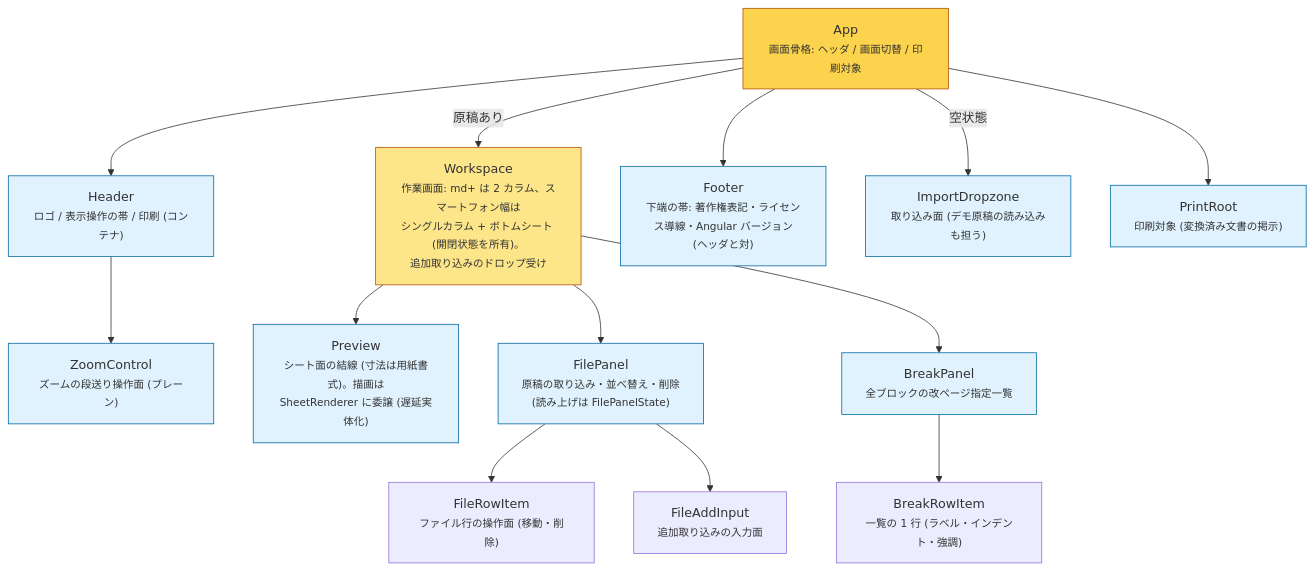
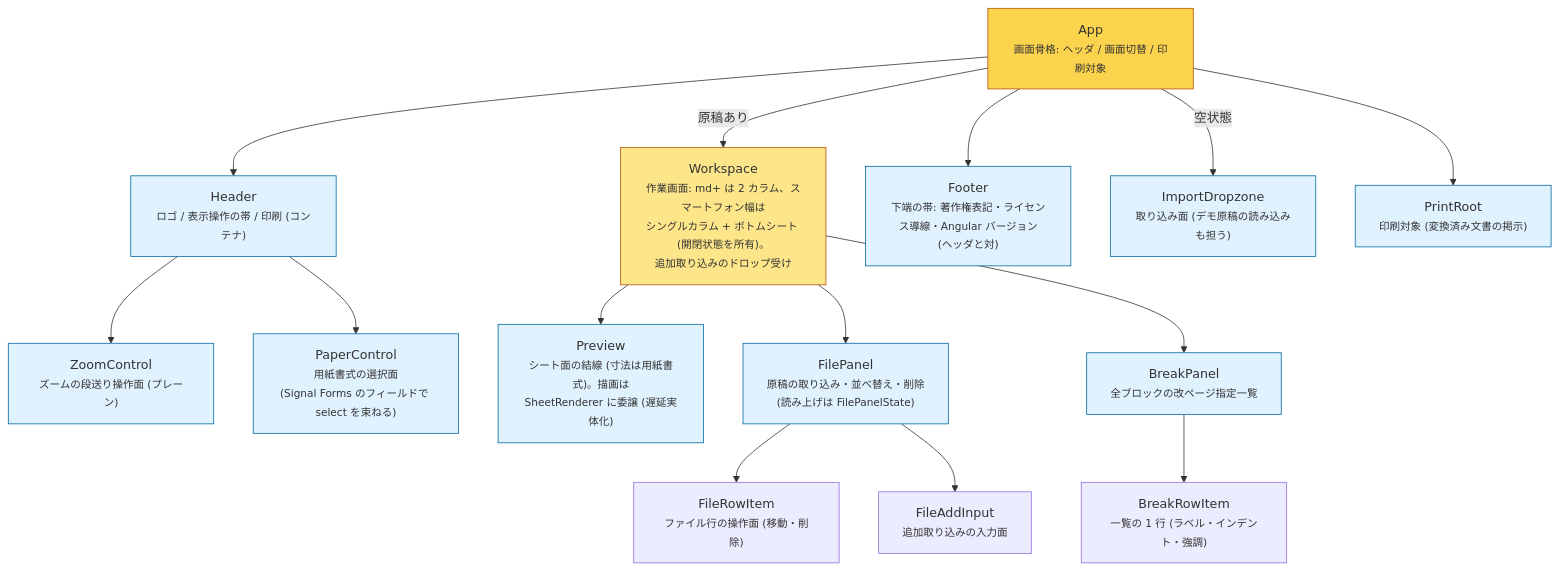
Before and after one commit to lacolaco/printmd: the diagram in docs/component-tree.md, drawn with Mermaid. The commit also changed 9 other files, not shown here.

````diff
--- a/docs/component-tree.md
+++ b/docs/component-tree.md
@@ -6,36 +6,38 @@
 ```mermaid
 flowchart TB
   APP["App<br/><small>画面骨格: ヘッダ / 画面切替 / 印刷対象</small>"]
   HEADER["Header<br/><small>ロゴ / 表示操作の帯 / 印刷 (コンテナ)</small>"]
   ZOOMC["ZoomControl<br/><small>ズームの段送り操作面 (プレーン)</small>"]
+  PAPERC["PaperControl<br/><small>用紙書式の選択面<br/>(Signal Forms のフィールドで select を束ねる)</small>"]
   WS["Workspace<br/><small>作業画面: md+ は 2 カラム、スマートフォン幅は<br/>シングルカラム + ボトムシート (開閉状態を所有)。<br/>追加取り込みのドロップ受け</small>"]
   PREVIEW["Preview<br/><small>シート面の結線 (寸法は用紙書式)。描画は<br/>SheetRenderer に委譲 (遅延実体化)</small>"]
   FILEP["FilePanel<br/><small>原稿の取り込み・並べ替え・削除<br/>(読み上げは FilePanelState)</small>"]
   BREAKP["BreakPanel<br/><small>全ブロックの改ページ指定一覧</small>"]
   BREAKROW["BreakRowItem<br/><small>一覧の 1 行 (ラベル・インデント・強調)</small>"]
   FILEROW["FileRowItem<br/><small>ファイル行の操作面 (移動・削除)</small>"]
   FILEADD["FileAddInput<br/><small>追加取り込みの入力面</small>"]
   FOOTER["Footer<br/><small>下端の帯: 著作権表記・ライセンス導線・Angular バージョン<br/>(ヘッダと対)</small>"]
   DROP["ImportDropzone<br/><small>取り込み面 (デモ原稿の読み込みも担う)</small>"]
   PRINT["PrintRoot<br/><small>印刷対象 (変換済み文書の掲示)</small>"]
 
   APP --> HEADER
   HEADER --> ZOOMC
+  HEADER --> PAPERC
   APP --> FOOTER
   APP -->|"原稿あり"| WS
   APP -->|"空状態"| DROP
   APP --> PRINT
   WS --> PREVIEW
   WS --> FILEP
   WS --> BREAKP
   BREAKP --> BREAKROW
   FILEP --> FILEROW
   FILEP --> FILEADD
 
   classDef shell fill:#fcd34d,stroke:#b45309
   classDef layout fill:#fde68a,stroke:#b45309
   classDef leaf fill:#e0f2fe,stroke:#0369a1
   class APP shell
   class WS layout
-  class HEADER,ZOOMC,PREVIEW,FILEP,BREAKP,FOOTER,DROP,PRINT leaf
+  class HEADER,ZOOMC,PAPERC,PREVIEW,FILEP,BREAKP,FOOTER,DROP,PRINT leaf
 ```
````
